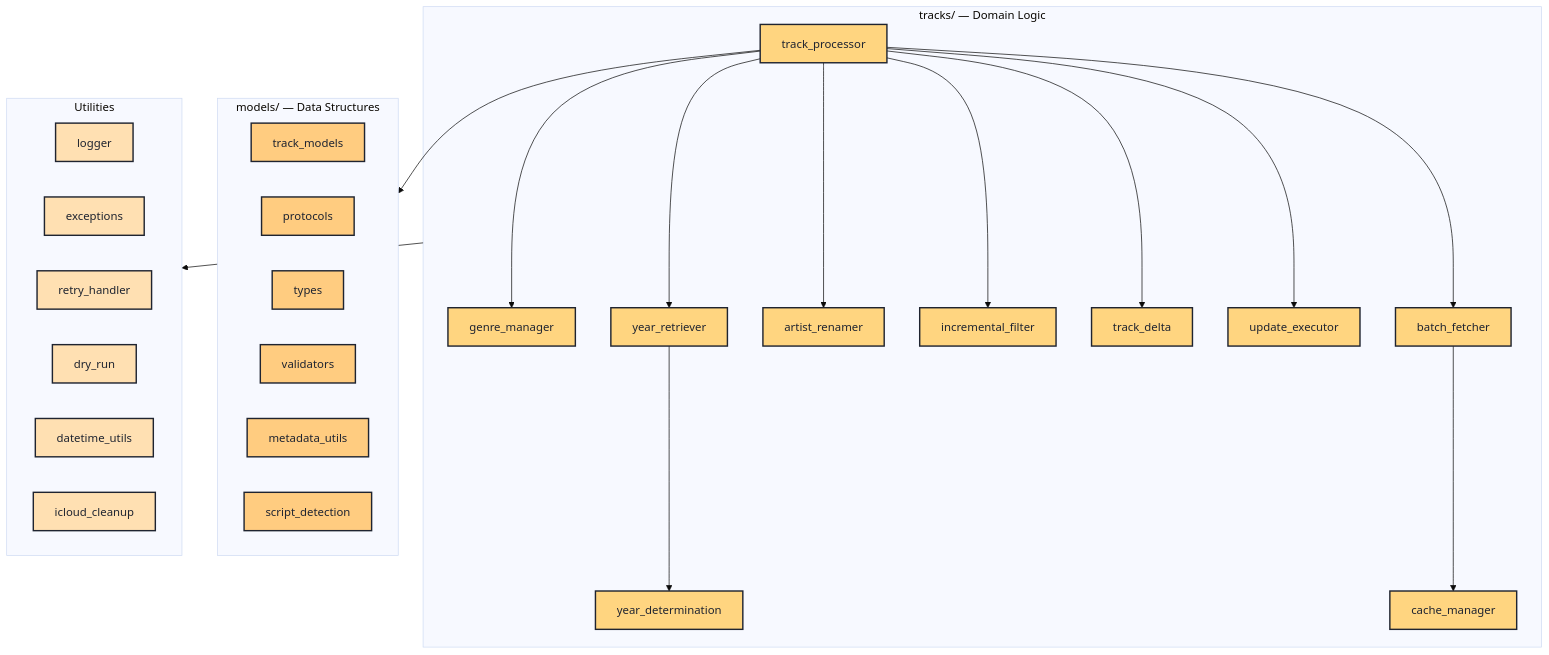
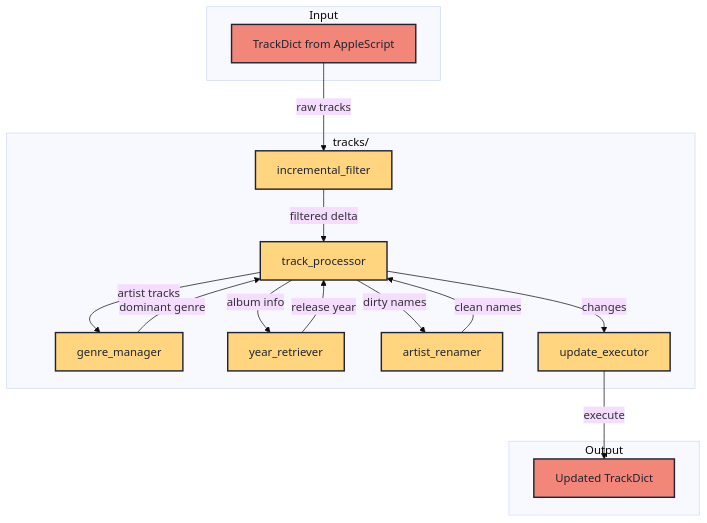
One commit to barad1tos/GenreUpdater changed the sixth of 8 diagrams in README.md. Above: the diagram before and after it, drawn with Mermaid (base theme). The commit also changed other lines of this file, not shown here.

First line of the commit message:
docs(readme): C4-style architecture diagrams

````diff
--- a/README.md
+++ b/README.md
@@ -421,52 +521,35 @@
 ```mermaid
 graph TB
-    subgraph Tracks["tracks/ — Domain Logic"]
+    subgraph Input["Input"]
+        IN[TrackDict from AppleScript]
+    end
+
+    subgraph Processing["tracks/"]
         TP[track_processor]
         GM[genre_manager]
         YR[year_retriever]
-        YD[year_determination]
         AR[artist_renamer]
         IF[incremental_filter]
-        TD[track_delta]
         UE[update_executor]
-        BF[batch_fetcher]
-        CM[cache_manager]
     end
 
-    subgraph Models["models/ — Data Structures"]
-        TM[track_models]
-        PR[protocols]
-        TY[types]
-        VA[validators]
-        MU2[metadata_utils]
-        SD[script_detection]
+    subgraph Output["Output"]
+        OUT[Updated TrackDict]
     end
 
-    subgraph Utils["Utilities"]
-        LG[logger]
-        EX[exceptions]
-        RT[retry_handler]
-        DR[dry_run]
-        DT[datetime_utils]
-        IC[icloud_cleanup]
-    end
+    IN -->|raw tracks| IF
+    IF -->|filtered delta| TP
+    TP -->|artist tracks| GM
+    GM -->|dominant genre| TP
+    TP -->|album info| YR
+    YR -->|release year| TP
+    TP -->|dirty names| AR
+    AR -->|clean names| TP
+    TP -->|changes| UE
+    UE -->|execute| OUT
 
-    TP --> GM
-    TP --> YR
-    TP --> AR
-    TP --> UE
-    YR --> YD
-    TP --> IF
-    TP --> TD
-    TP --> BF
-    BF --> CM
-    TP --> Models
-    Tracks --> Utils
-
-    classDef tracks fill:#FFD580,stroke:#1F2430,stroke-width:2px,color:#1F2430
-    classDef models fill:#FFCC80,stroke:#1F2430,stroke-width:2px,color:#1F2430
-    classDef utils fill:#FFE0B2,stroke:#1F2430,stroke-width:2px,color:#1F2430
-    class TP,GM,YR,YD,AR,IF,TD,UE,BF,CM tracks
-    class TM,PR,TY,VA,MU2,SD models
-    class LG,EX,RT,DR,DT,IC utils
+    classDef io fill:#F28779,stroke:#1F2430,stroke-width:2px,color:#1F2430
+    classDef proc fill:#FFD580,stroke:#1F2430,stroke-width:2px,color:#1F2430
+    class IN,OUT io
+    class TP,GM,YR,AR,IF,UE proc
 ```
````
